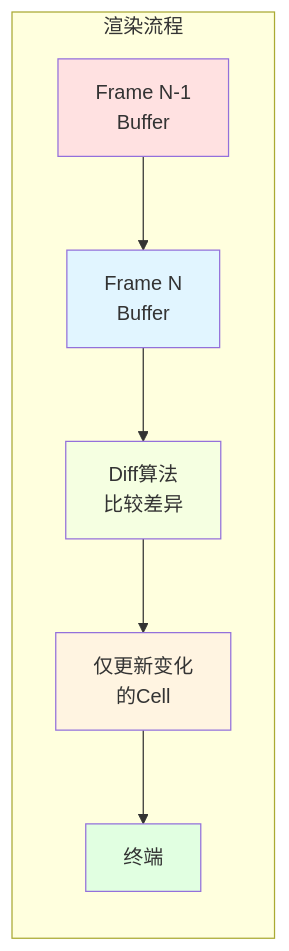
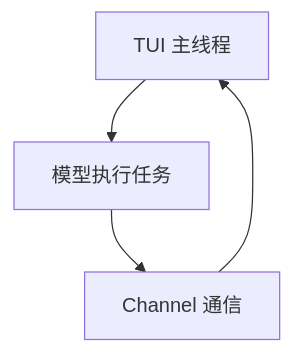
The second of 2 diagrams in progress/external-ratatui.md (MiyakoMeow/neco), drawn with Mermaid before and after one commit. The commit also changed other lines of this file and 9 other files, not shown here.

````diff
--- a/progress/external-ratatui.md
+++ b/progress/external-ratatui.md
@@ -1144,15 +443,6 @@
 ```mermaid
-graph LR
-    subgraph "渲染流程"
-        A[Frame N-1<br/>Buffer] --> B[Frame N<br/>Buffer]
-        B --> C[Diff算法<br/>比较差异]
-        C --> D[仅更新变化<br/>的Cell]
-        D --> E[终端]
-    end
-    
-    style A fill:#ffe1e1
-    style B fill:#e1f5ff
-    style C fill:#f5ffe1
-    style D fill:#fff4e1
-    style E fill:#e1ffe1
+graph TB
+    A[TUI 主线程] --> B[模型执行任务]
+    B --> C[Channel 通信]
+    C --> A
 ```
````
